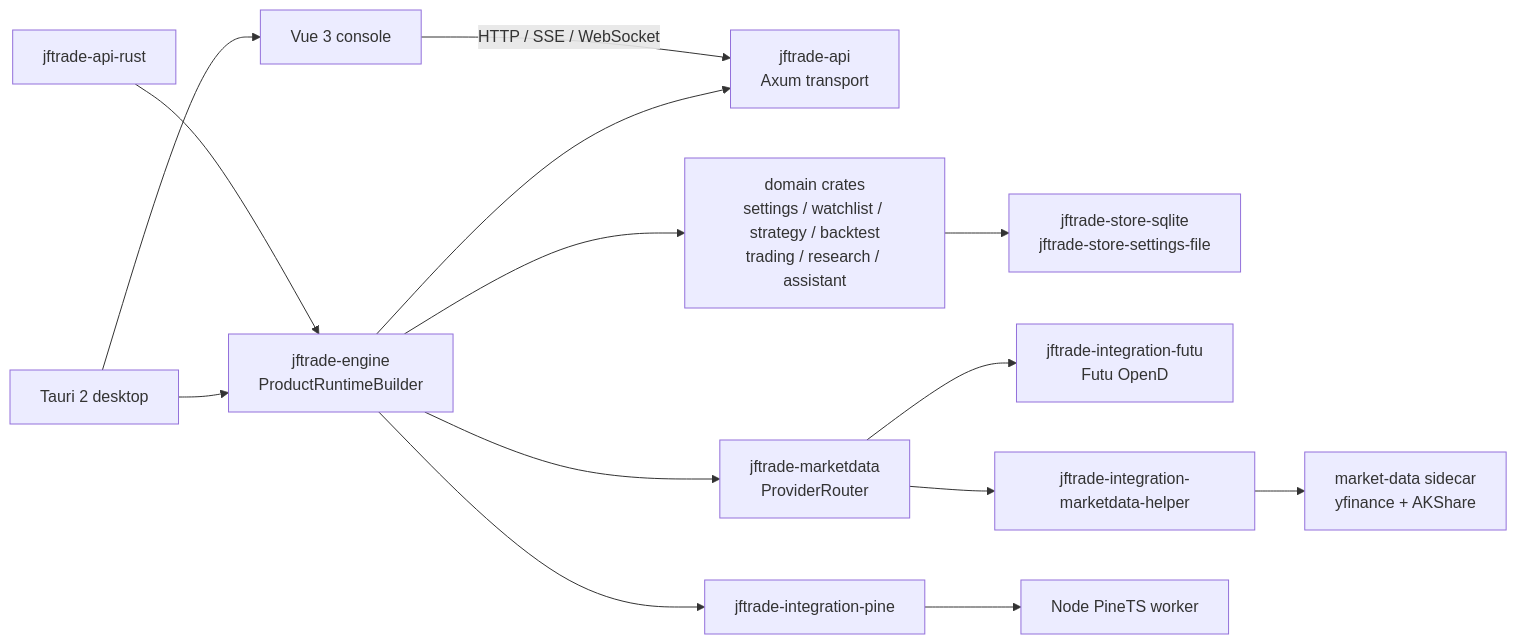
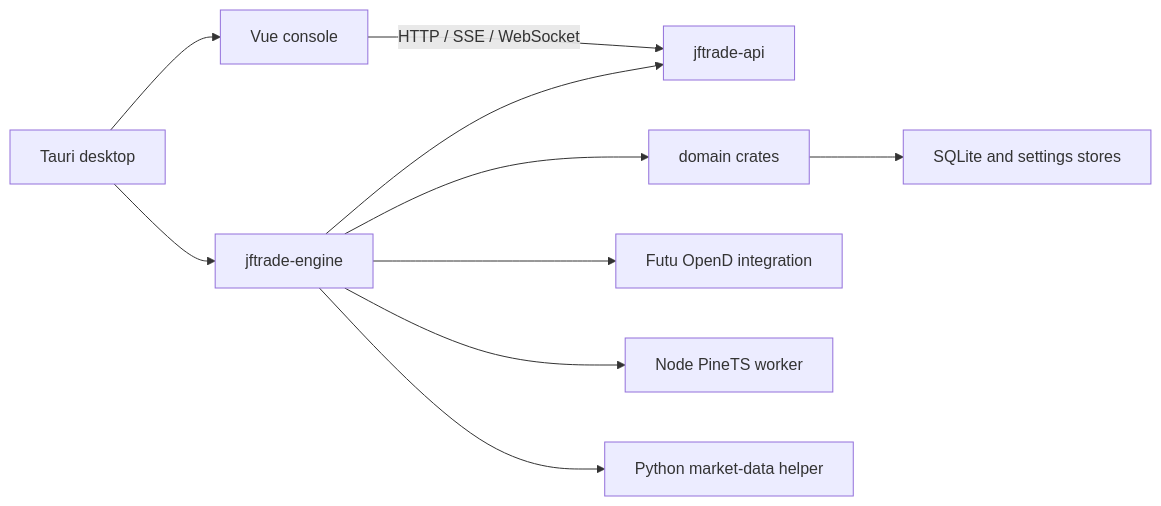
One commit to Dennishaha/JFTrade changed the diagram in docs/architecture.md. Above: the diagram before and after it, drawn with Mermaid. The commit also changed other lines of this file and 72 other files, not shown here.

Commit message:
docs: make Rust product gates the current facts

````diff
--- a/docs/architecture.md
+++ b/docs/architecture.md
@@ -11,16 +9,12 @@
 ```mermaid
 flowchart LR
-    CLI[jftrade-api-rust] --> Engine[jftrade-engine\nProductRuntimeBuilder]
-    Desktop[Tauri 2 desktop] --> Engine
-    Desktop --> Web[Vue 3 console]
-    Web -->|HTTP / SSE / WebSocket| API[jftrade-api\nAxum transport]
+    Desktop[Tauri desktop] --> Engine[jftrade-engine]
+    Desktop --> Web[Vue console]
+    Web -->|HTTP / SSE / WebSocket| API[jftrade-api]
     Engine --> API
-    Engine --> Domains[domain crates\nsettings / watchlist / strategy / backtest\ntrading / research / assistant]
-    Domains --> Stores[jftrade-store-sqlite\njftrade-store-settings-file]
-    Engine --> Market[jftrade-marketdata\nProviderRouter]
-    Market --> Futu[jftrade-integration-futu\nFutu OpenD]
-    Market --> Helper[jftrade-integration-marketdata-helper]
-    Helper --> Python[market-data sidecar\nyfinance + AKShare]
-    Engine --> Pine[jftrade-integration-pine]
-    Pine --> PineWorker[Node PineTS worker]
+    Engine --> Domains[domain crates]
+    Domains --> Stores[SQLite and settings stores]
+    Engine --> Futu[Futu OpenD integration]
+    Engine --> Pine[Node PineTS worker]
+    Engine --> Helper[Python market-data helper]
 ```
````
